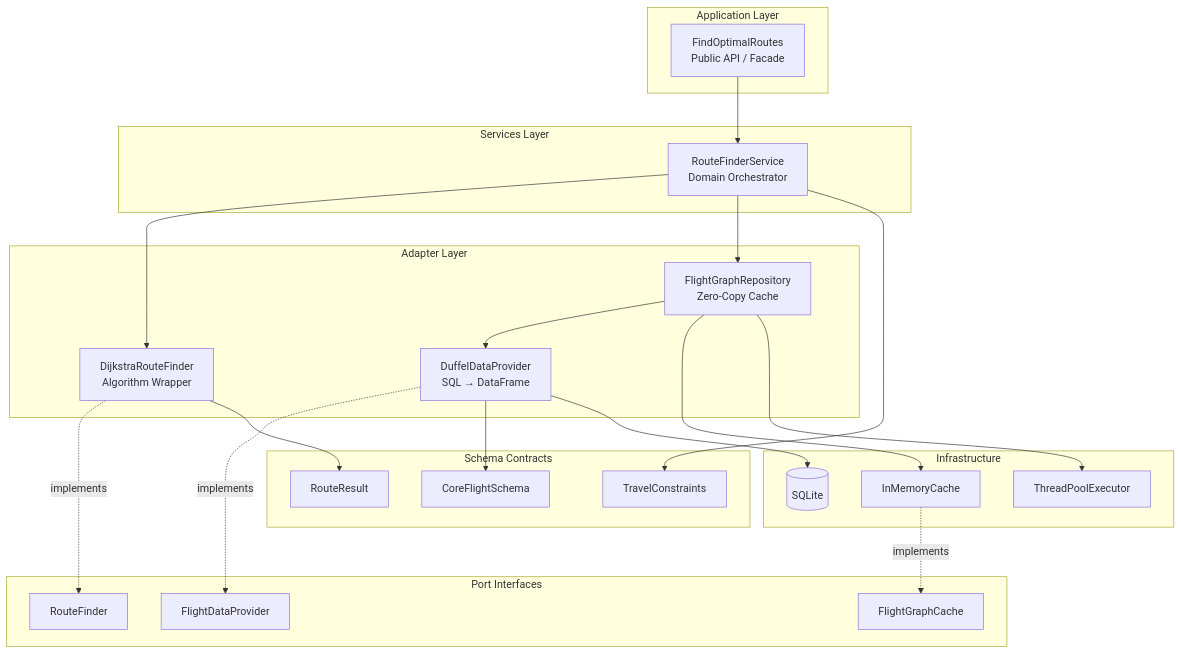
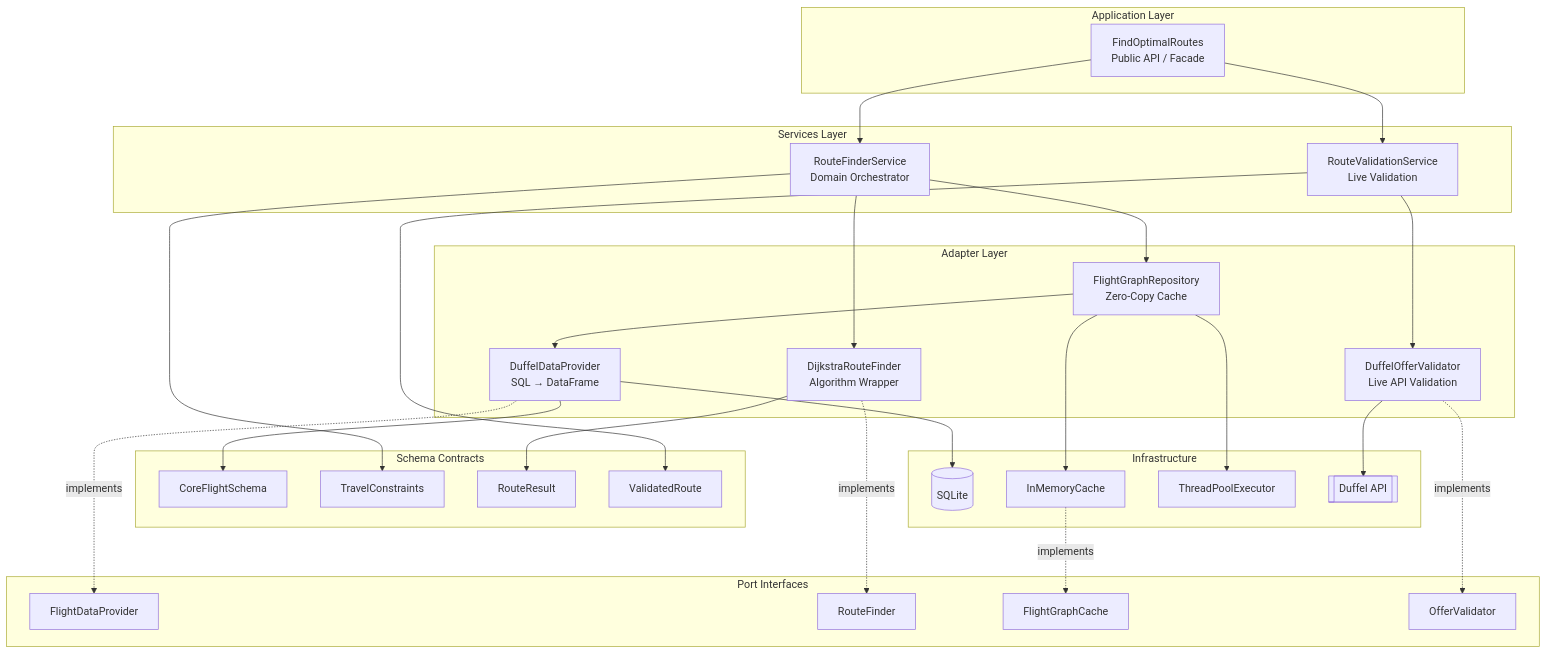
The diagram in src/flight_router/README.md (fiadra/chadguide), drawn with Mermaid before and after one commit. The commit also changed other lines of this file, not shown here.

First line of the commit message:
docs(validation): Zaktualizuj README o dokumentację walidacji

````diff
--- a/src/flight_router/README.md
+++ b/src/flight_router/README.md
@@ -171,51 +262,61 @@
 ```mermaid
 graph TB
     subgraph Application["Application Layer"]
         API[FindOptimalRoutes<br/>Public API / Facade]
     end
 
     subgraph Services["Services Layer"]
         SVC[RouteFinderService<br/>Domain Orchestrator]
+        VSVC[RouteValidationService<br/>Live Validation]
     end
 
     subgraph Adapters["Adapter Layer"]
         DP[DuffelDataProvider<br/>SQL → DataFrame]
         ALG[DijkstraRouteFinder<br/>Algorithm Wrapper]
         REPO[FlightGraphRepository<br/>Zero-Copy Cache]
+        VAL[DuffelOfferValidator<br/>Live API Validation]
     end
 
     subgraph Ports["Port Interfaces"]
         P1[FlightDataProvider]
         P2[RouteFinder]
         P3[FlightGraphCache]
+        P4[OfferValidator]
     end
 
     subgraph Schemas["Schema Contracts"]
         S1[CoreFlightSchema]
         S2[TravelConstraints]
         S3[RouteResult]
+        S4[ValidatedRoute]
     end
 
     subgraph Infra["Infrastructure"]
         DB[(SQLite)]
         CACHE[InMemoryCache]
         POOL[ThreadPoolExecutor]
+        DUFFEL[[Duffel API]]
     end
 
     API --> SVC
+    API --> VSVC
     SVC --> ALG
     SVC --> REPO
+    VSVC --> VAL
     REPO --> DP
     REPO --> CACHE
     REPO --> POOL
 
     DP -.implements.-> P1
     ALG -.implements.-> P2
     CACHE -.implements.-> P3
+    VAL -.implements.-> P4
 
     DP --> S1
     SVC --> S2
     ALG --> S3
+    VSVC --> S4
 
     DP --> DB
+    VAL --> DUFFEL
 ```
````
